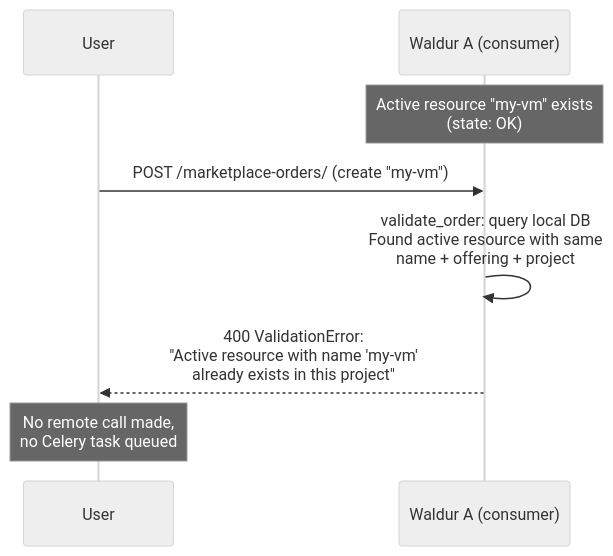
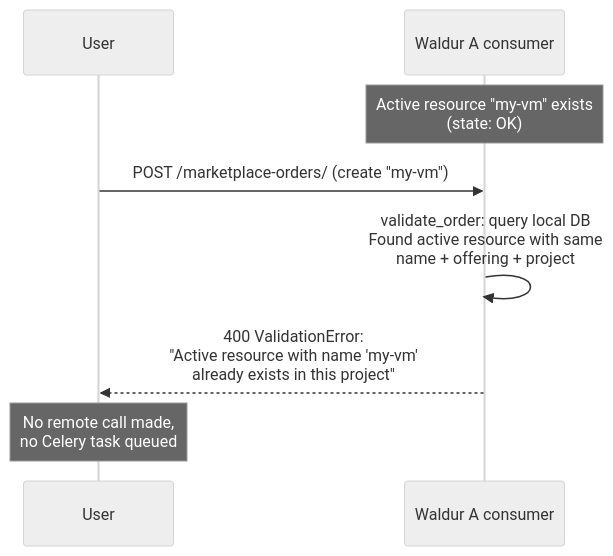
Before and after one commit to waldur/waldur-docs: the sixth of 7 diagrams in docs/developer-guide/core-concepts/marketplace-orders.md, drawn with Mermaid (neutral theme). The commit also changed other lines of this file and 34 other files, not shown here.

````diff
--- a/docs/developer-guide/core-concepts/marketplace-orders.md
+++ b/docs/developer-guide/core-concepts/marketplace-orders.md
@@ -638,11 +634,11 @@
 ```mermaid
 sequenceDiagram
     participant User
-    participant WaldurA as Waldur A (consumer)
+    participant WaldurA as Waldur A consumer
 
     Note over WaldurA: Active resource "my-vm" exists<br/>(state: OK)
     User->>WaldurA: POST /marketplace-orders/ (create "my-vm")
     WaldurA->>WaldurA: validate_order: query local DB<br/>Found active resource with same<br/>name + offering + project
     WaldurA-->>User: 400 ValidationError:<br/>"Active resource with name 'my-vm'<br/>already exists in this project"
     Note over User: No remote call made,<br/>no Celery task queued
 ```
````
